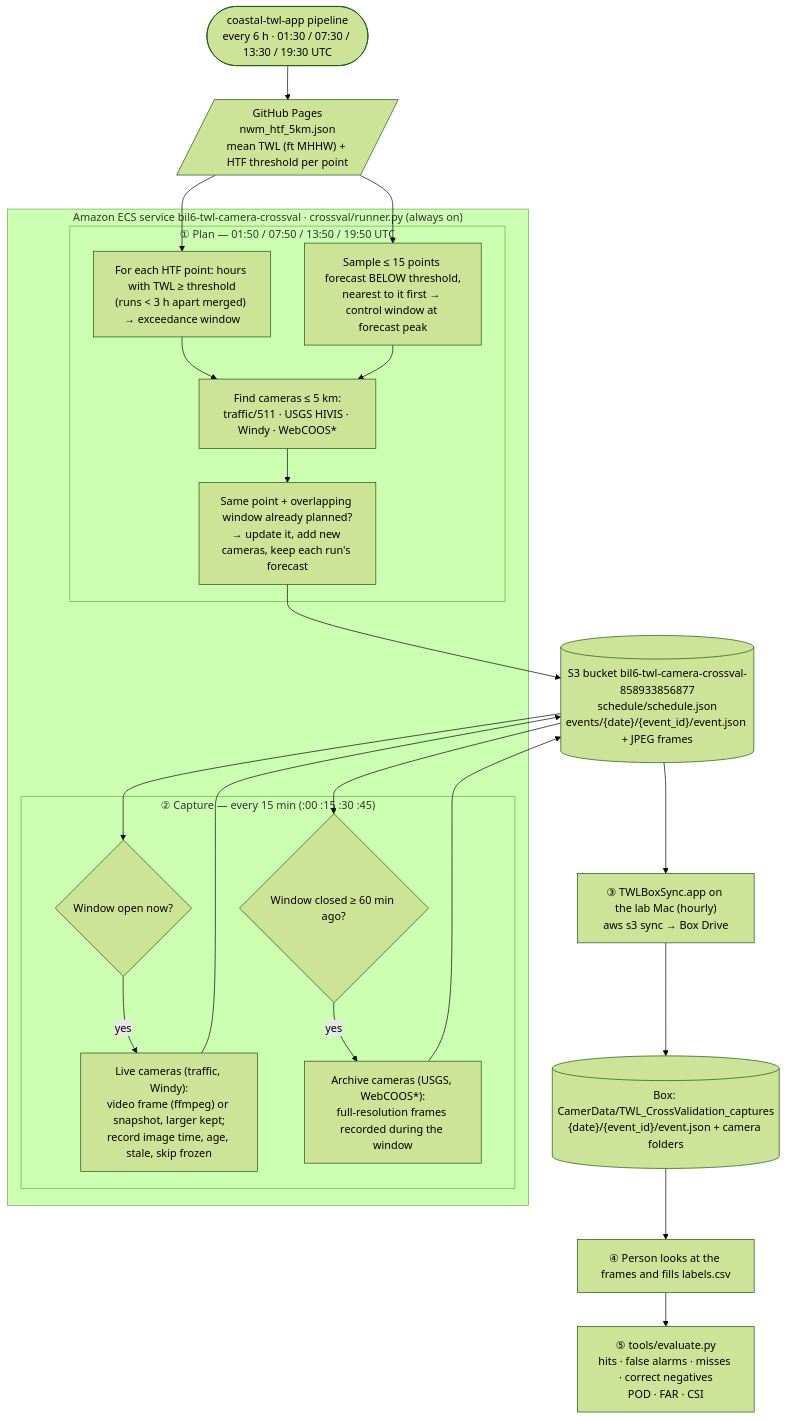
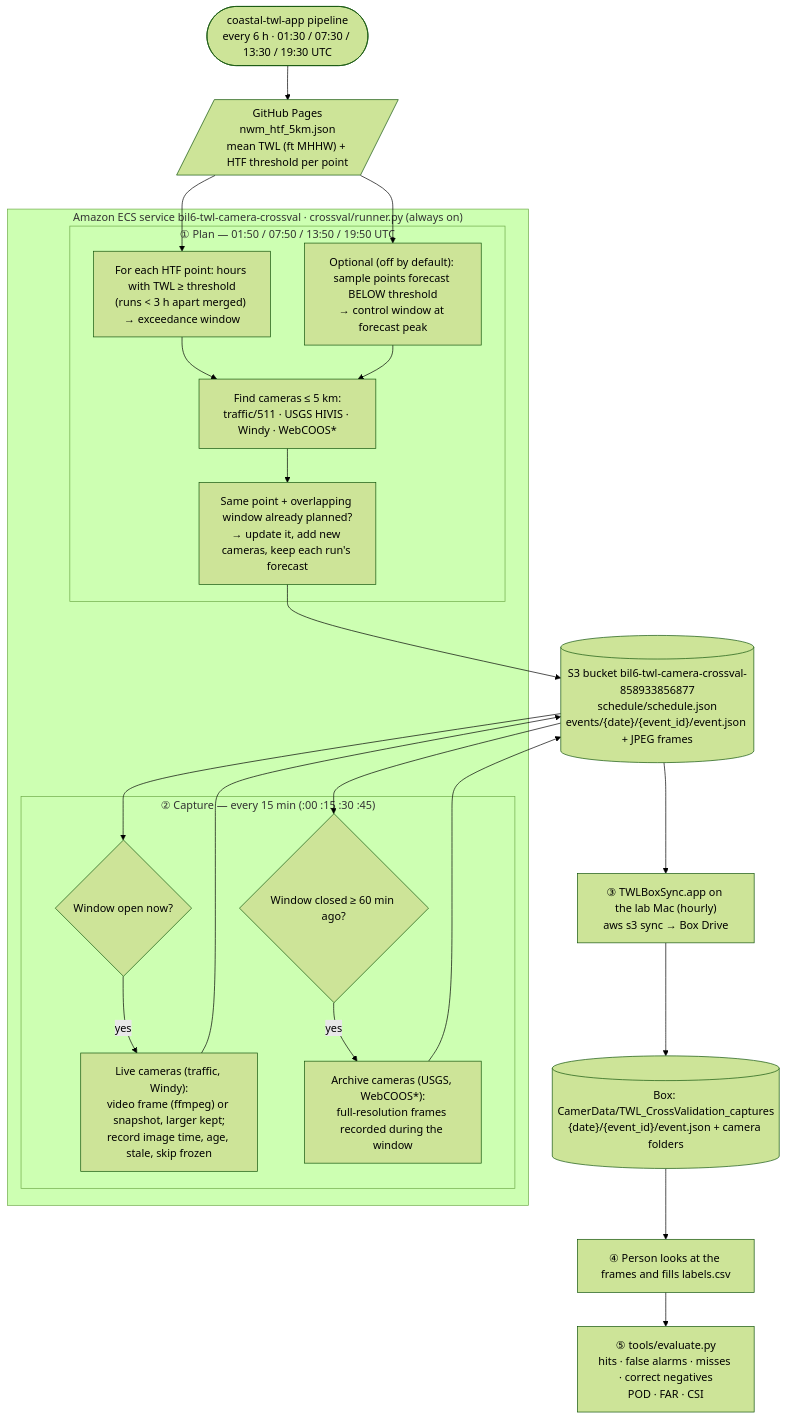
The diagram in README.md (Ehsankahrizi/TWL_Camera_CrossValidation), drawn with Mermaid (forest theme) before and after one commit. The commit also changed other lines of this file and 3 other files, not shown here.

````diff
--- a/README.md
+++ b/README.md
@@ -16,36 +16,36 @@
 ```mermaid
 flowchart TD
     TWL(["coastal-twl-app pipeline<br/>every 6 h · 01:30 / 07:30 / 13:30 / 19:30 UTC"])
     TWL --> PAGES[/"GitHub Pages<br/>nwm_htf_5km.json<br/>mean TWL (ft MHHW) + HTF threshold per point"/]
 
     subgraph ECS["Amazon ECS service bil6-twl-camera-crossval · crossval/runner.py (always on)"]
         subgraph PLAN["① Plan — 01:50 / 07:50 / 13:50 / 19:50 UTC"]
             P1["For each HTF point: hours with TWL ≥ threshold<br/>(runs < 3 h apart merged) → exceedance window"]
-            P2["Sample ≤ 15 points forecast BELOW threshold,<br/>nearest to it first → control window at forecast peak"]
+            P2["Optional (off by default): sample points forecast BELOW threshold<br/>→ control window at forecast peak"]
             P3["Find cameras ≤ 5 km:<br/>traffic/511 · USGS HIVIS · Windy · WebCOOS*"]
             P4["Same point + overlapping window already planned?<br/>→ update it, add new cameras, keep each run's forecast"]
             P1 --> P3
             P2 --> P3 --> P4
         end
         subgraph CAP["② Capture — every 15 min (:00 :15 :30 :45)"]
             C1{"Window open now?"}
             C2["Live cameras (traffic, Windy):<br/>video frame (ffmpeg) or snapshot, larger kept;<br/>record image time, age, stale, skip frozen"]
             C3{"Window closed ≥ 60 min ago?"}
             C4["Archive cameras (USGS, WebCOOS*):<br/>full-resolution frames recorded during the window"]
             C1 -- yes --> C2
             C3 -- yes --> C4
         end
     end
     PAGES --> P1
     PAGES --> P2
     P4 --> S3[("S3 bucket bil6-twl-camera-crossval-858933856877<br/>schedule/schedule.json<br/>events/{date}/{event_id}/event.json + JPEG frames")]
     S3 --> C1
     S3 --> C3
     C2 --> S3
     C4 --> S3
 
     S3 --> SYNC["③ TWLBoxSync.app on the lab Mac (hourly)<br/>aws s3 sync → Box Drive"]
     SYNC --> BOX[("Box: CamerData/TWL_CrossValidation_captures<br/>{date}/{event_id}/event.json + camera folders")]
     BOX --> LAB["④ Person looks at the frames and fills labels.csv"]
     LAB --> EVAL["⑤ tools/evaluate.py<br/>hits · false alarms · misses · correct negatives<br/>POD · FAR · CSI"]
 ```
````
